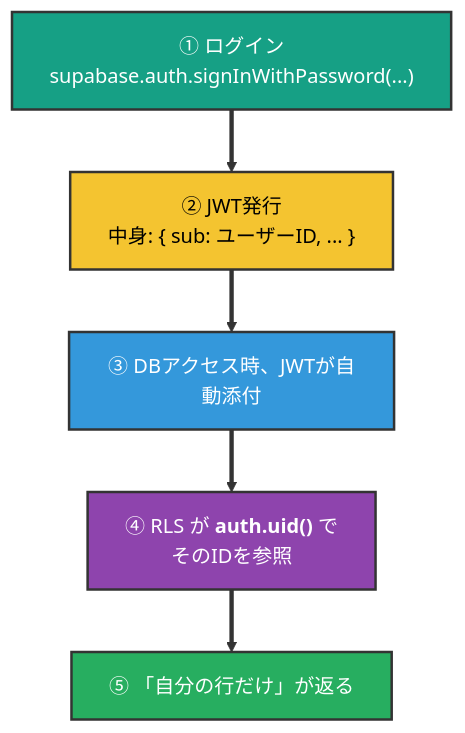
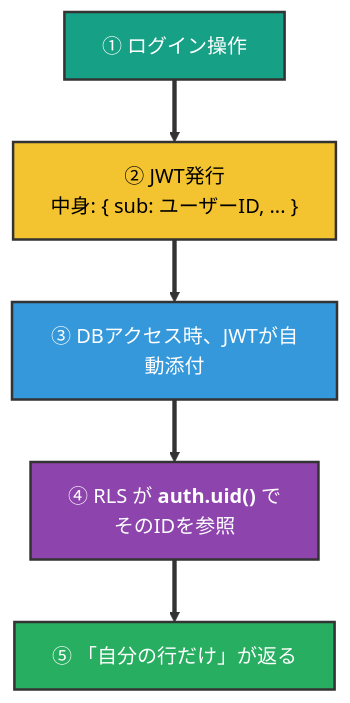
Before and after one commit to kasuyaofcb/tech_docs: diagram 12 of 27 in supabase/supabase.md, drawn with Mermaid. The commit also changed other lines of this file, not shown here.

````diff
--- a/supabase/supabase.md
+++ b/supabase/supabase.md
@@ -315,13 +252,13 @@
 ```mermaid
 flowchart TB
-    L["① ログイン<br/>supabase.auth.signInWithPassword(...)"] ==> J["② JWT発行<br/>中身: { sub: ユーザーID, ... }"]
+    L["① ログイン操作"] ==> J["② JWT発行<br/>中身: { sub: ユーザーID, ... }"]
     J ==> Q["③ DBアクセス時、JWTが自動添付"]
     Q ==> P["④ RLS が <b>auth.uid()</b> で<br/>そのIDを参照"]
     P ==> R["⑤ 「自分の行だけ」が返る"]
 
     style L fill:#16A085,color:#FFFFFF,stroke:#333,stroke-width:2px
     style J fill:#F4C430,color:#000,stroke:#333,stroke-width:2px
     style Q fill:#3498DB,color:#FFFFFF,stroke:#333,stroke-width:2px
     style P fill:#8E44AD,color:#FFFFFF,stroke:#333,stroke-width:2px
     style R fill:#27AE60,color:#FFFFFF,stroke:#333,stroke-width:2px
 ```
````
